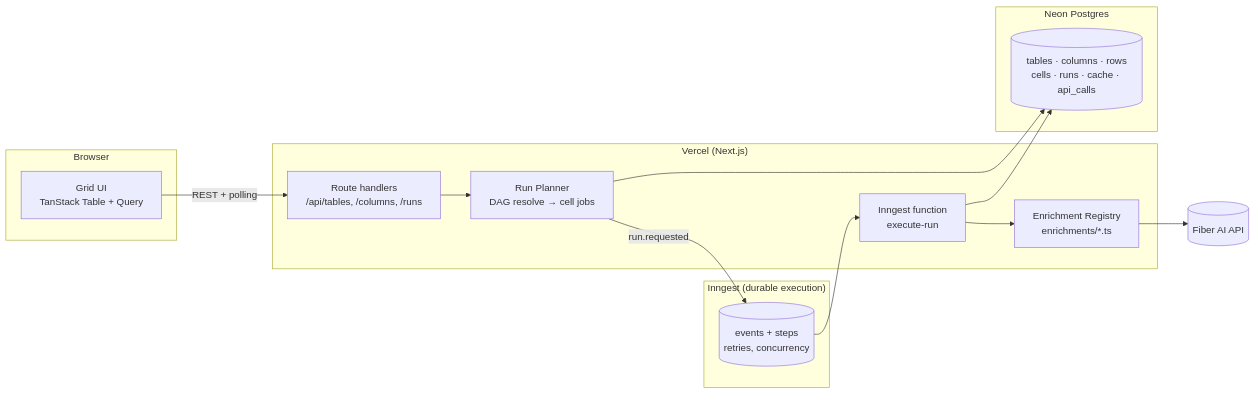
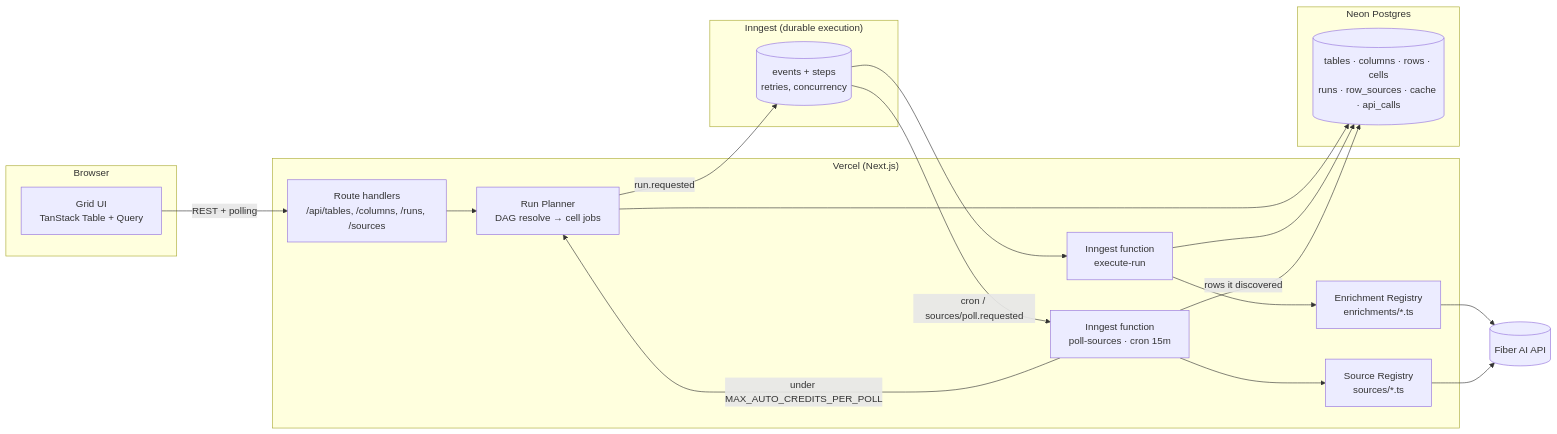
One commit to ojas-2003/OpenCeramic changed the first of 3 diagrams in docs/DESIGN.md. Above: the diagram before and after it, drawn with Mermaid. The commit also changed other lines of this file and 59 other files, not shown here.

````diff
--- a/docs/DESIGN.md
+++ b/docs/DESIGN.md
@@ -55,30 +55,37 @@
 ```mermaid
 flowchart LR
   subgraph Browser
     Grid[Grid UI<br/>TanStack Table + Query]
   end
 
   subgraph Vercel["Vercel (Next.js)"]
-    API[Route handlers<br/>/api/tables, /columns, /runs]
+    API[Route handlers<br/>/api/tables, /columns, /runs, /sources]
     Planner[Run Planner<br/>DAG resolve → cell jobs]
     Registry[Enrichment Registry<br/>enrichments/*.ts]
+    Sources[Source Registry<br/>sources/*.ts]
     InngestFn[Inngest function<br/>execute-run]
+    PollFn[Inngest function<br/>poll-sources · cron 15m]
   end
 
   subgraph Inngest["Inngest (durable execution)"]
     Queue[(events + steps<br/>retries, concurrency)]
   end
 
   subgraph Data["Neon Postgres"]
-    DB[(tables · columns · rows<br/>cells · runs · cache · api_calls)]
+    DB[(tables · columns · rows · cells<br/>runs · row_sources · cache · api_calls)]
   end
 
   Fiber[(Fiber AI API)]
 
   Grid -- REST + polling --> API
   API --> Planner --> DB
   Planner -- run.requested --> Queue
   Queue --> InngestFn
   InngestFn --> Registry --> Fiber
   InngestFn --> DB
+
+  Queue -- cron / sources/poll.requested --> PollFn
+  PollFn --> Sources --> Fiber
+  PollFn -- rows it discovered --> DB
+  PollFn -- under MAX_AUTO_CREDITS_PER_POLL --> Planner
 ```
````
